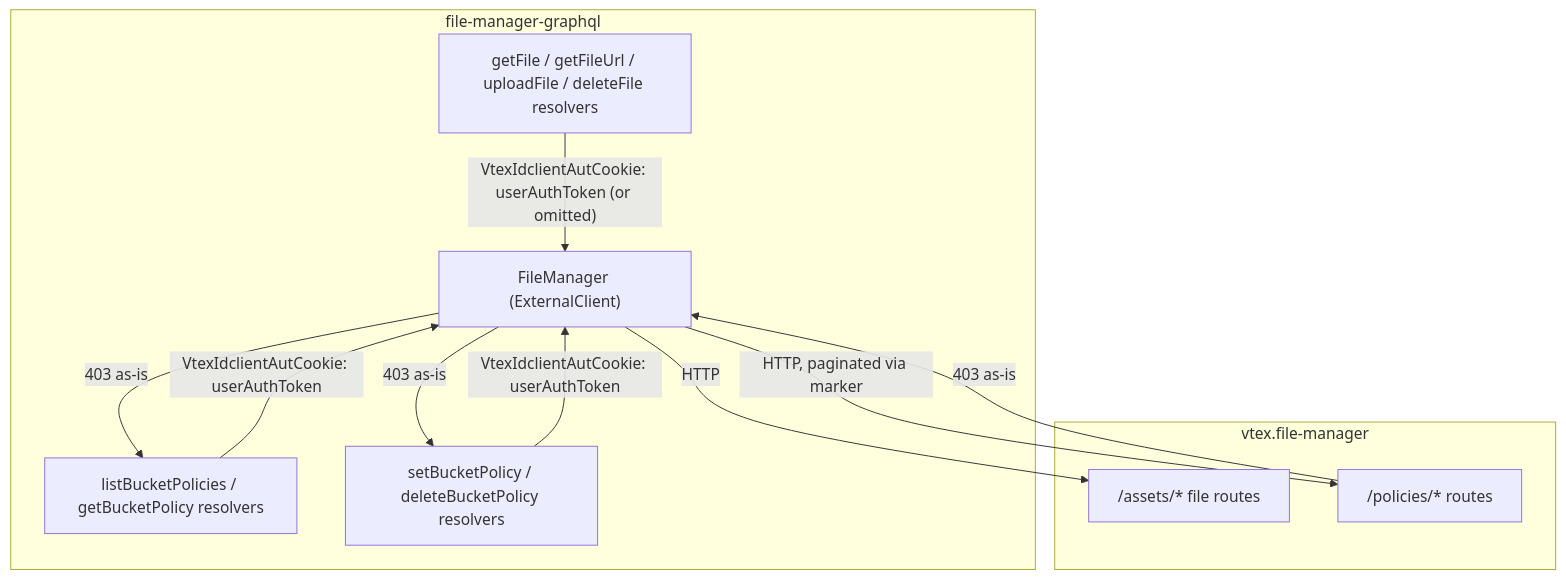
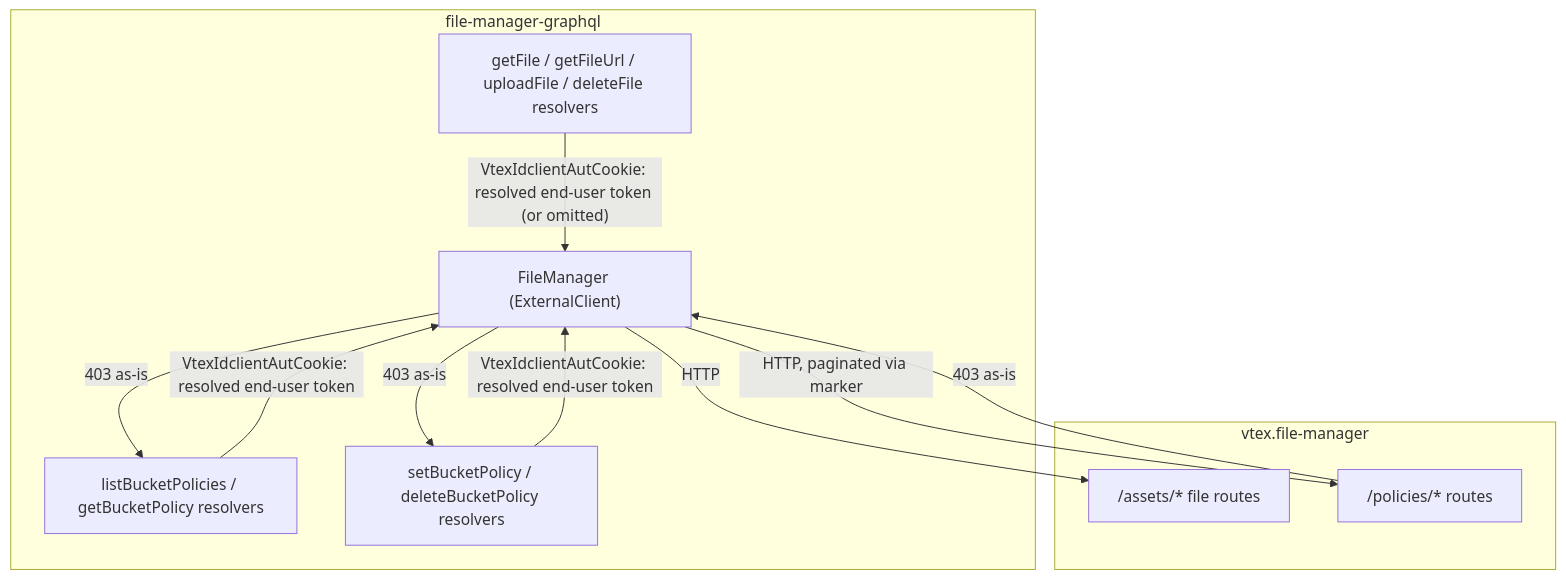
Before and after one commit to vtex-apps/file-manager-graphql: the first of 2 diagrams in specs/bucket-access-control-integration.md, drawn with Mermaid. The commit also changed other lines of this file, not shown here.

First line of the commit message:
docs: fix token resolution and resource policy gaps in bucket access control spec

````diff
--- a/specs/bucket-access-control-integration.md
+++ b/specs/bucket-access-control-integration.md
@@ -98,22 +100,22 @@
 ```mermaid
 flowchart TD
     subgraph gql [file-manager-graphql]
         R1["getFile / getFileUrl / uploadFile / deleteFile resolvers"]
         R2["listBucketPolicies / getBucketPolicy resolvers"]
         R3["setBucketPolicy / deleteBucketPolicy resolvers"]
         FM["FileManager (ExternalClient)"]
     end
     subgraph fm [vtex.file-manager]
         FILE["/assets/* file routes"]
         POL["/policies/* routes"]
     end
 
-    R1 -->|"VtexIdclientAutCookie: userAuthToken (or omitted)"| FM
-    R2 -->|"VtexIdclientAutCookie: userAuthToken"| FM
-    R3 -->|"VtexIdclientAutCookie: userAuthToken"| FM
+    R1 -->|"VtexIdclientAutCookie: resolved end-user token (or omitted)"| FM
+    R2 -->|"VtexIdclientAutCookie: resolved end-user token"| FM
+    R3 -->|"VtexIdclientAutCookie: resolved end-user token"| FM
     FM -->|"HTTP"| FILE
     FM -->|"HTTP, paginated via marker"| POL
     POL -->|"403 as-is"| FM
     FM -->|"403 as-is"| R2
     FM -->|"403 as-is"| R3
 ```
````
